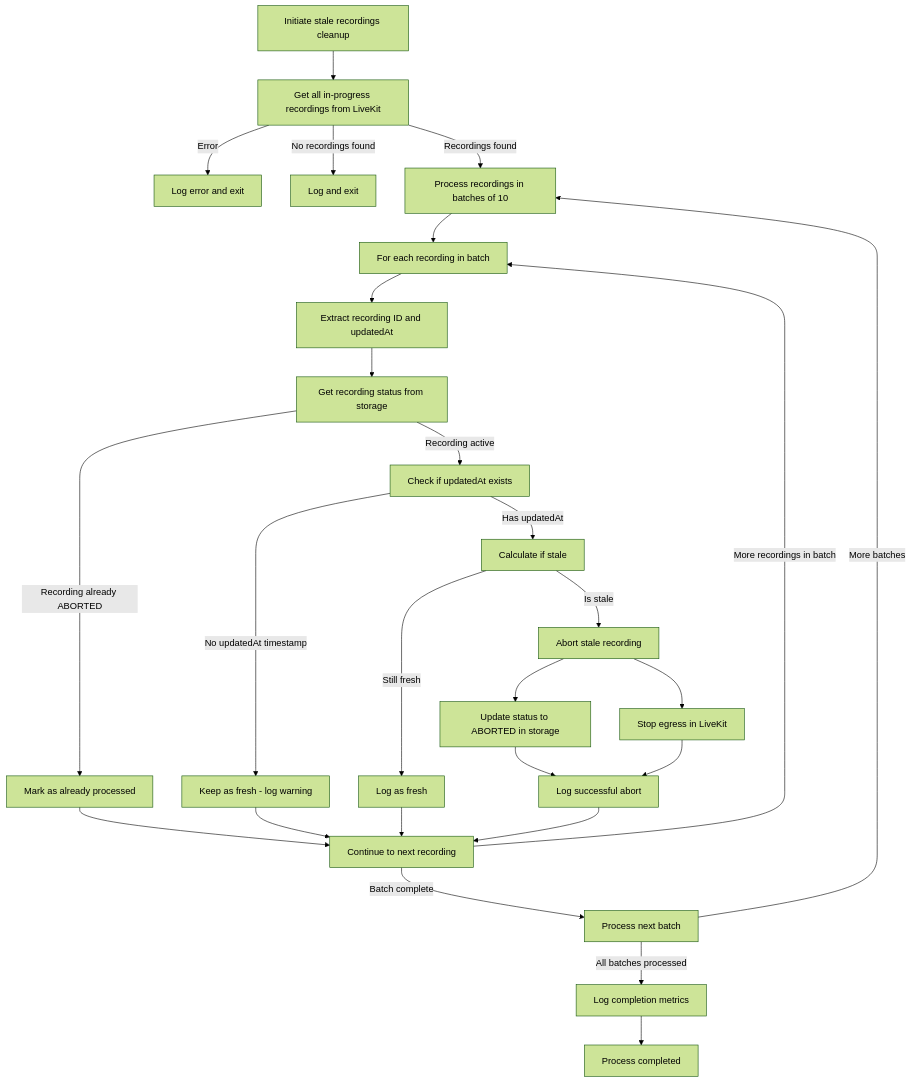
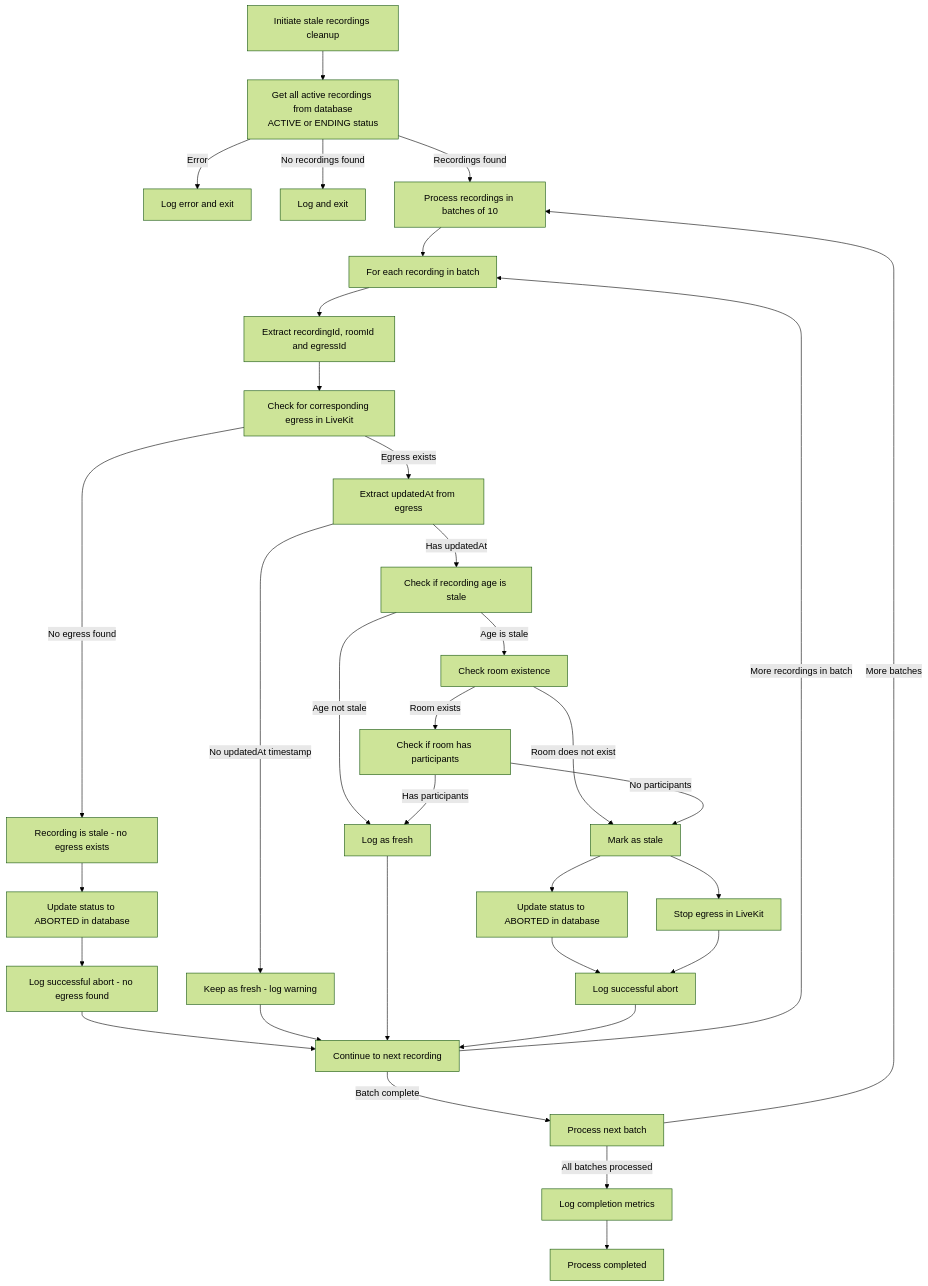
The third of 3 diagrams in meet-ce/backend/README.md (OpenVidu/openvidu-meet), drawn with Mermaid (forest theme) before and after one commit. The commit also changed other lines of this file and 3 other files, not shown here.

Commit message:
backend: enhance recording management with active recordings retrieval and stale cleanup improvements

````diff
--- a/meet-ce/backend/README.md
+++ b/meet-ce/backend/README.md
@@ -234,37 +233,45 @@
 ```mermaid
 graph TD;
-    A[Initiate stale recordings cleanup] --> B[Get all in-progress recordings from LiveKit]
+    A[Initiate stale recordings cleanup] --> B[Get all active recordings from database<br/>ACTIVE or ENDING status]
     B -->|Error| C[Log error and exit]
     B -->|No recordings found| D[Log and exit]
     B -->|Recordings found| E[Process recordings in batches of 10]
 
     E --> F[For each recording in batch]
-    F --> G[Extract recording ID and updatedAt]
-    G --> H[Get recording status from storage]
+    F --> G[Extract recordingId, roomId and egressId]
+    G --> H[Check for corresponding egress in LiveKit]
 
-    H -->|Recording already ABORTED| I[Mark as already processed]
-    H -->|Recording active| J[Check if updatedAt exists]
+    H -->|No egress found| I[Recording is stale - no egress exists]
+    H -->|Egress exists| J[Extract updatedAt from egress]
 
-    J -->|No updatedAt timestamp| K[Keep as fresh - log warning]
-    J -->|Has updatedAt| L[Calculate if stale]
+    I --> K[Update status to ABORTED in database]
+    K --> L[Log successful abort - no egress found]
 
-    L -->|Still fresh| M[Log as fresh]
-    L -->|Is stale| N[Abort stale recording]
+    J -->|No updatedAt timestamp| M[Keep as fresh - log warning]
+    J -->|Has updatedAt| N[Check if recording age is stale]
 
-    N --> O[Update status to ABORTED in storage]
-    N --> P[Stop egress in LiveKit]
-    O --> Q[Log successful abort]
-    P --> Q
+    N -->|Age not stale| O[Log as fresh]
+    N -->|Age is stale| P[Check room existence]
 
-    I --> R[Continue to next recording]
-    K --> R
-    M --> R
-    Q --> R
+    P -->|Room does not exist| Q[Mark as stale]
+    P -->|Room exists| R[Check if room has participants]
 
-    R -->|More recordings in batch| F
-    R -->|Batch complete| S[Process next batch]
-    S -->|More batches| E
-    S -->|All batches processed| T[Log completion metrics]
-    T --> U[Process completed]
+    R -->|No participants| Q
+    R -->|Has participants| O
 
+    Q --> S[Update status to ABORTED in database]
+    Q --> T[Stop egress in LiveKit]
+    S --> U[Log successful abort]
+    T --> U
+
+    L --> V[Continue to next recording]
+    M --> V
+    O --> V
+    U --> V
+
+    V -->|More recordings in batch| F
+    V -->|Batch complete| W[Process next batch]
+    W -->|More batches| E
+    W -->|All batches processed| X[Log completion metrics]
+    X --> Y[Process completed]
 ```
````
